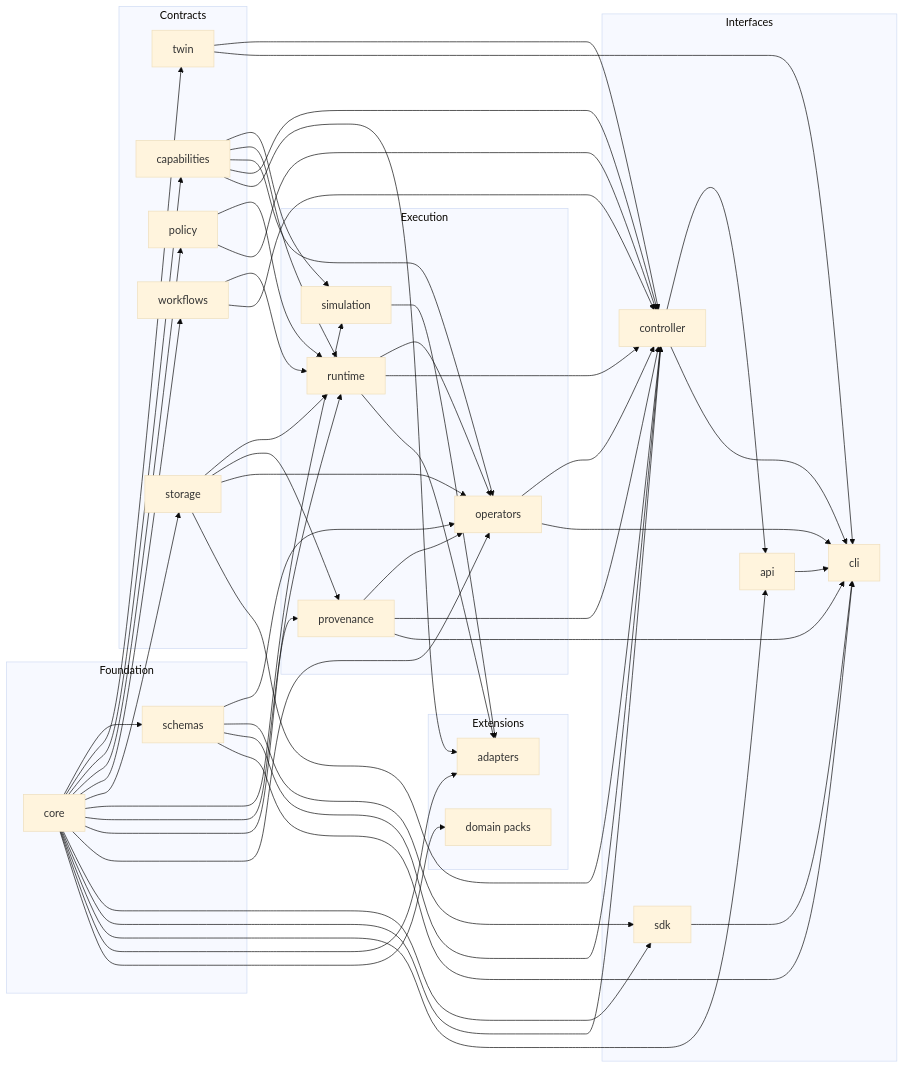
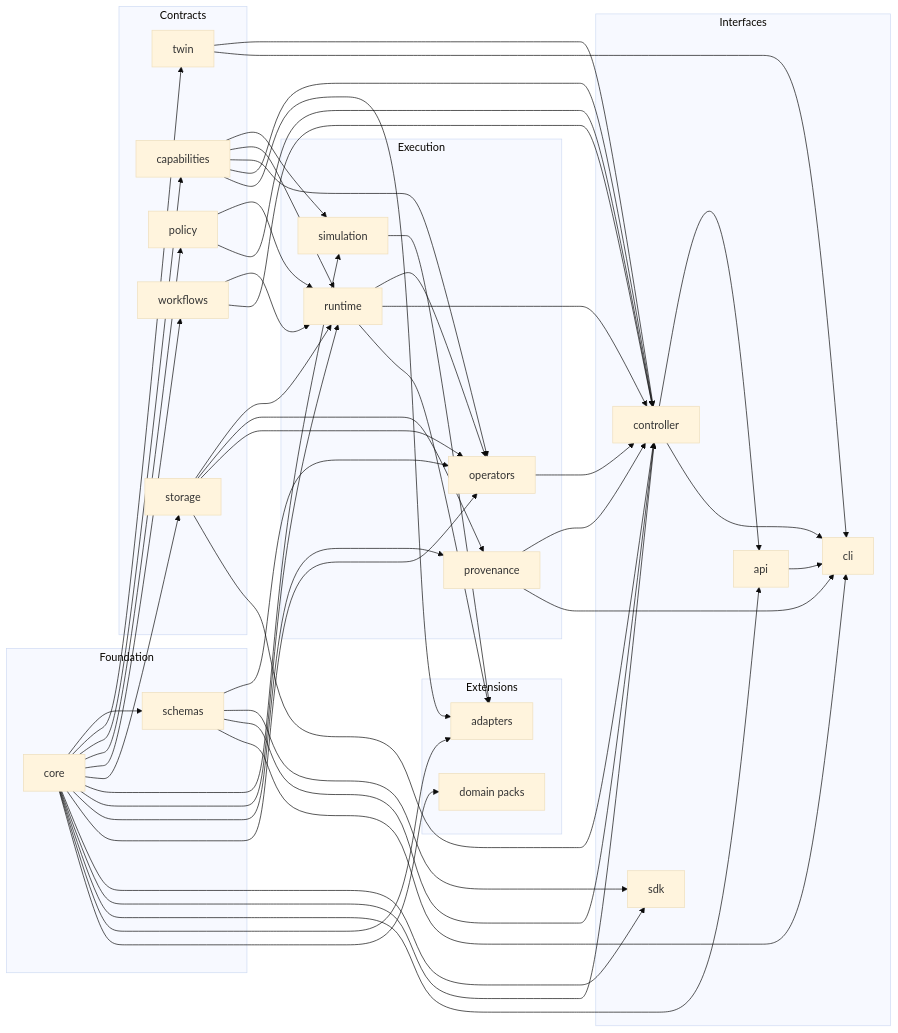
One commit to fl-sean03/OpenSDL changed the diagram in ARCHITECTURE.md. Above: the diagram before and after it, drawn with Mermaid (base theme). The commit also changed other lines of this file and 2 other files, not shown here.

````diff
--- a/ARCHITECTURE.md
+++ b/ARCHITECTURE.md
@@ -21,78 +21,75 @@
 ```mermaid
 flowchart LR
     subgraph Foundation
         CORE[core]
         SCH[schemas]
     end
     subgraph Contracts
         TWIN[twin]
         CAP[capabilities]
         POL[policy]
         WF[workflows]
         ST[storage]
     end
     subgraph Execution
         SIM[simulation]
         RT[runtime]
         PROV[provenance]
         OPS[operators]
     end
     subgraph Interfaces
         SDK[sdk]
         CTRL[controller]
         API[api]
         CLI[cli]
     end
     subgraph Extensions
         AD[adapters]
         DP[domain packs]
     end
 
     CORE --> SCH
     CORE --> TWIN
     CORE --> CAP
     CORE --> POL
     CORE --> WF
     CORE --> ST
     CORE --> SIM
     CORE --> RT
     CORE --> PROV
     CORE --> OPS
     CORE --> SDK
     CORE --> CTRL
     CORE --> API
     CORE --> AD
     CORE --> DP
     SCH --> OPS
     SCH --> SDK
     SCH --> CTRL
     SCH --> CLI
     TWIN --> CTRL
     TWIN --> CLI
     CAP --> SIM
     CAP --> RT
     CAP --> OPS
     CAP --> CTRL
     CAP --> AD
     POL --> RT
     POL --> CTRL
     WF --> RT
     WF --> CTRL
     ST --> RT
     ST --> PROV
     ST --> OPS
     ST --> CTRL
     SIM --> AD
     RT --> OPS
     RT --> CTRL
     RT --> AD
-    PROV --> OPS
     PROV --> CTRL
     PROV --> CLI
     OPS --> CTRL
-    OPS --> CLI
-    SDK --> CLI
     CTRL --> API
     CTRL --> CLI
     API --> CLI
 ```
````
